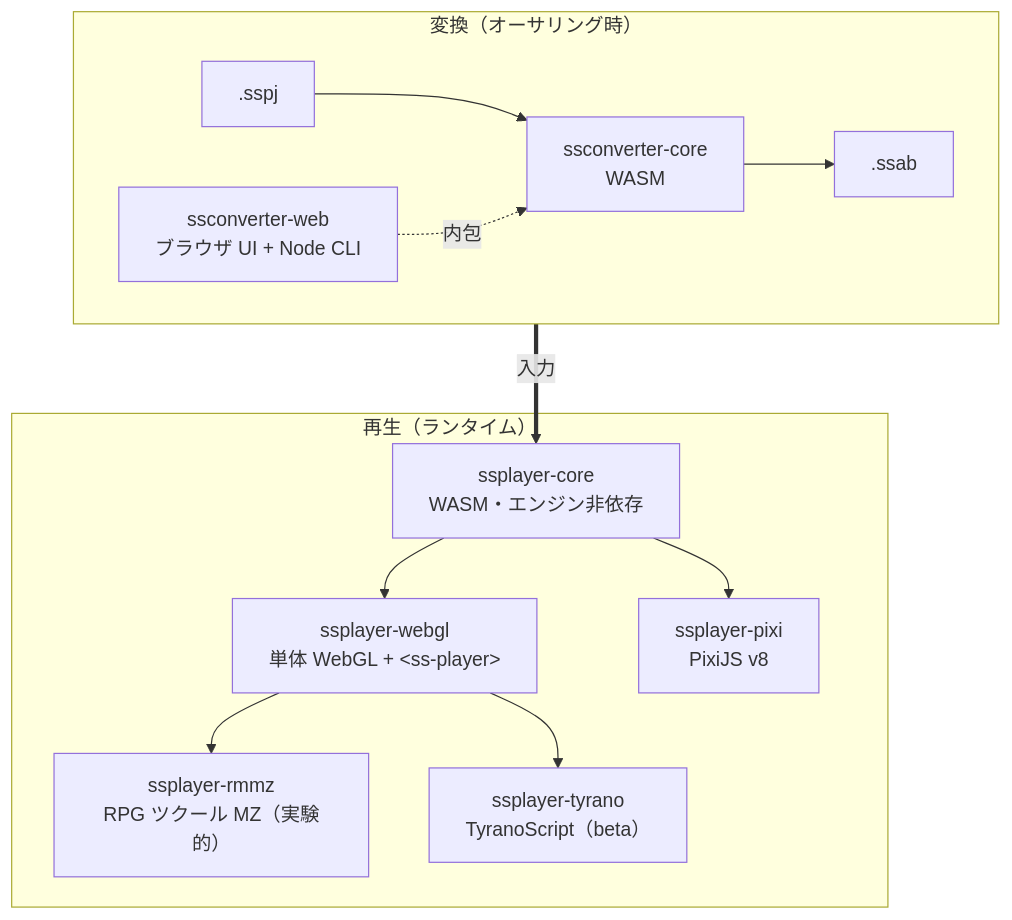
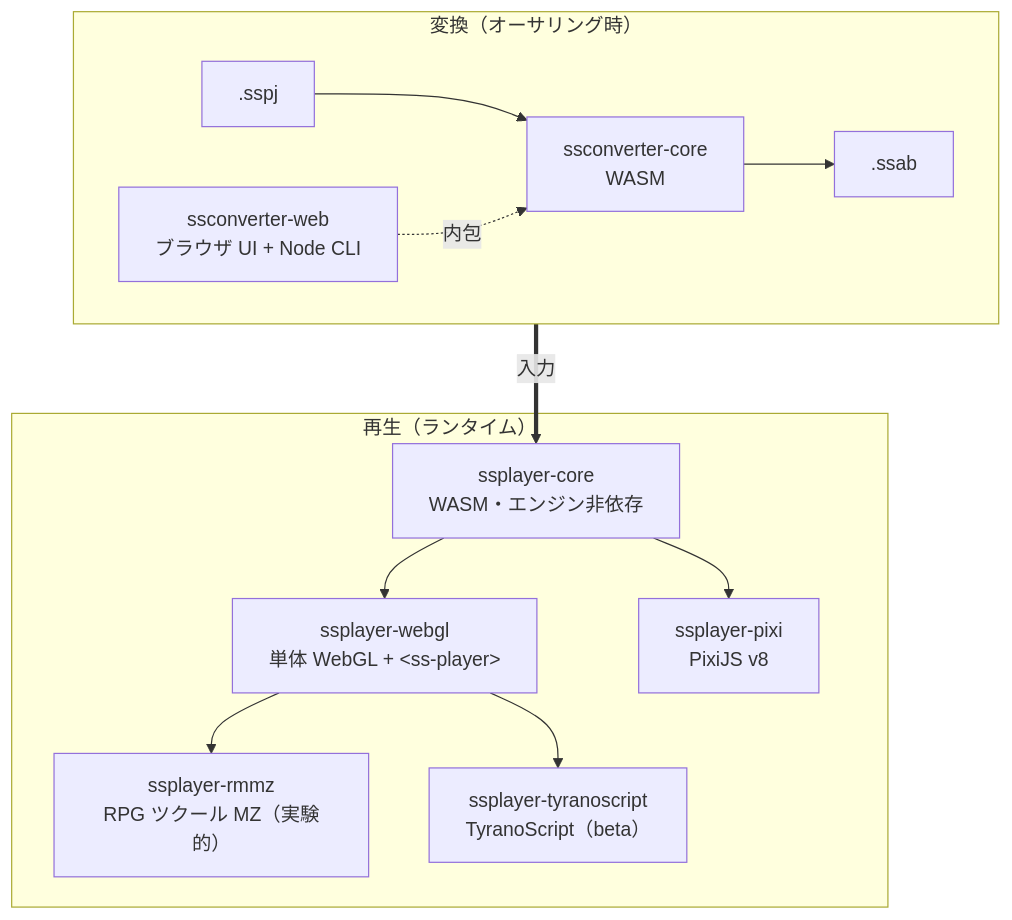
Before and after one commit to cri-middleware/SSPlayerForWeb: the diagram in README.ja.md, drawn with Mermaid. The commit also changed other lines of this file and 48 other files, not shown here.

First line of the commit message:
refactor: rename ssplayer-tyrano to ssplayer-tyranoscript

````diff
--- a/README.ja.md
+++ b/README.ja.md
@@ -103,22 +103,22 @@
 ```mermaid
 flowchart TD
     subgraph conv ["変換（オーサリング時）"]
         direction LR
         sspj[".sspj"] --> convcore["ssconverter-core<br/>WASM"] --> ssab[".ssab"]
         convweb["ssconverter-web<br/>ブラウザ UI + Node CLI"] -. 内包 .-> convcore
     end
 
     subgraph play ["再生（ランタイム）"]
         core["ssplayer-core<br/>WASM・エンジン非依存"]
         webgl["ssplayer-webgl<br/>単体 WebGL + &lt;ss-player&gt;"]
         pixi["ssplayer-pixi<br/>PixiJS v8"]
         rmmz["ssplayer-rmmz<br/>RPG ツクール MZ（実験的）"]
-        tyrano["ssplayer-tyrano<br/>TyranoScript（beta）"]
+        tyrano["ssplayer-tyranoscript<br/>TyranoScript（beta）"]
         core --> webgl
         core --> pixi
         webgl --> rmmz
         webgl --> tyrano
     end
 
     ssab ==>|入力| core
 ```
````
